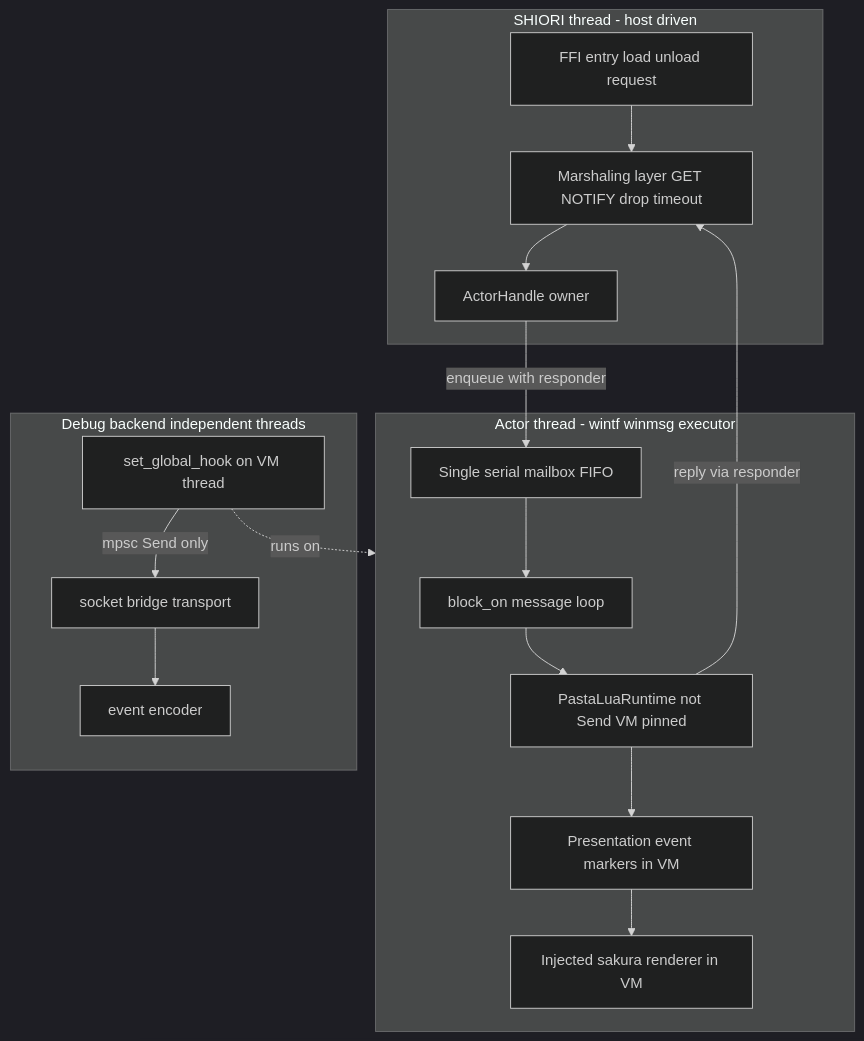
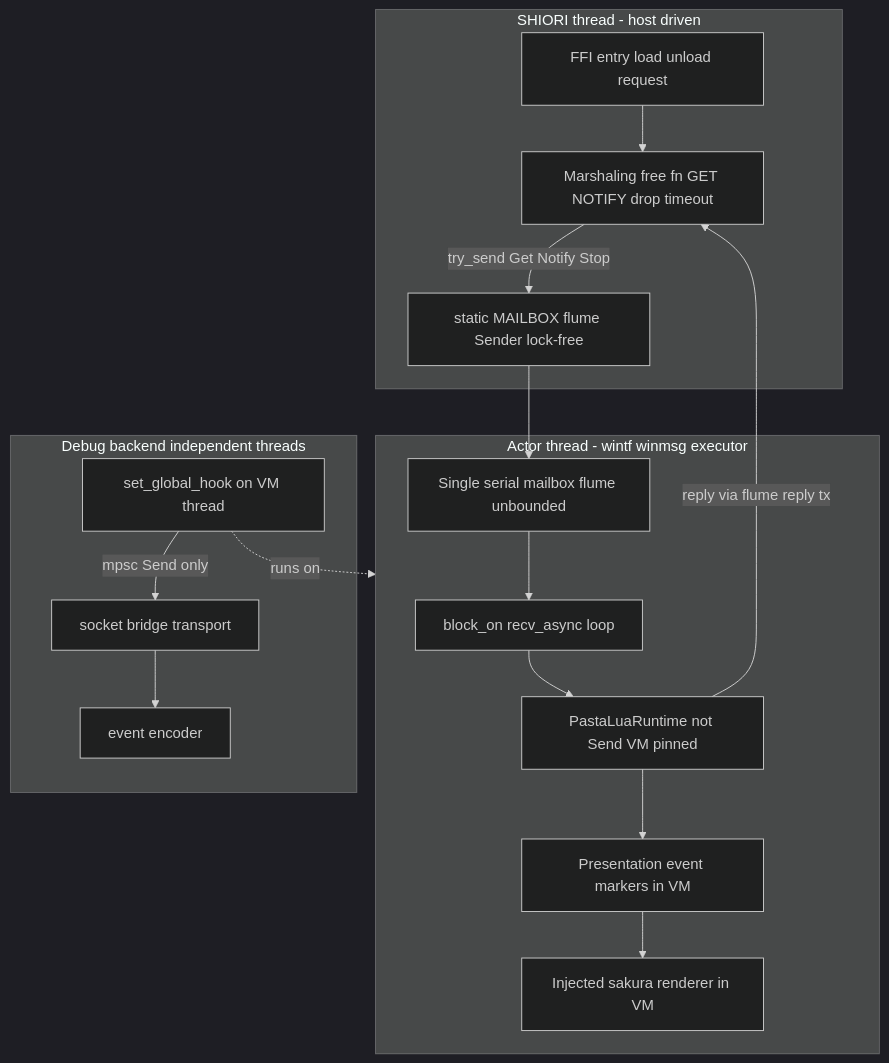
The first of 4 diagrams in .kiro/specs/pasta-actor-runtime/design.md (ekicyou/pasta), drawn with Mermaid (dark theme) before and after one commit. The commit also changed other lines of this file and 1 other file, not shown here.

Commit message:
docs(pasta-actor-runtime): holistic review pass - purge stale refs from channel revisions, make R7.4 mechanism-neutral

````diff
--- a/.kiro/specs/pasta-actor-runtime/design.md
+++ b/.kiro/specs/pasta-actor-runtime/design.md
@@ -82,31 +82,31 @@
 ```mermaid
 graph TB
     subgraph ShioriThread[SHIORI thread - host driven]
         FFI[FFI entry load unload request]
-        Marshal[Marshaling layer GET NOTIFY drop timeout]
-        Handle[ActorHandle owner]
+        Marshal[Marshaling free fn GET NOTIFY drop timeout]
+        Slot[static MAILBOX flume Sender lock-free]
     end
     subgraph ActorThread[Actor thread - wintf winmsg executor]
-        Exec[block_on message loop]
-        Mailbox[Single serial mailbox FIFO]
+        Exec[block_on recv_async loop]
+        Mailbox[Single serial mailbox flume unbounded]
         Runtime[PastaLuaRuntime not Send VM pinned]
         Marker[Presentation event markers in VM]
         Renderer[Injected sakura renderer in VM]
     end
     subgraph DebugBackend[Debug backend independent threads]
         Hook[set_global_hook on VM thread]
         SocketBridge[socket bridge transport]
         Encoder[event encoder]
     end
     FFI --> Marshal
-    Marshal --> Handle
-    Handle -->|enqueue with responder| Mailbox
+    Marshal -->|try_send Get Notify Stop| Slot
+    Slot --> Mailbox
     Mailbox --> Exec
     Exec --> Runtime
     Runtime --> Marker
     Marker --> Renderer
-    Runtime -->|reply via responder| Marshal
+    Runtime -->|reply via flume reply tx| Marshal
     Hook -.runs on.-> ActorThread
     Hook -->|mpsc Send only| SocketBridge
     SocketBridge --> Encoder
 ```
````
